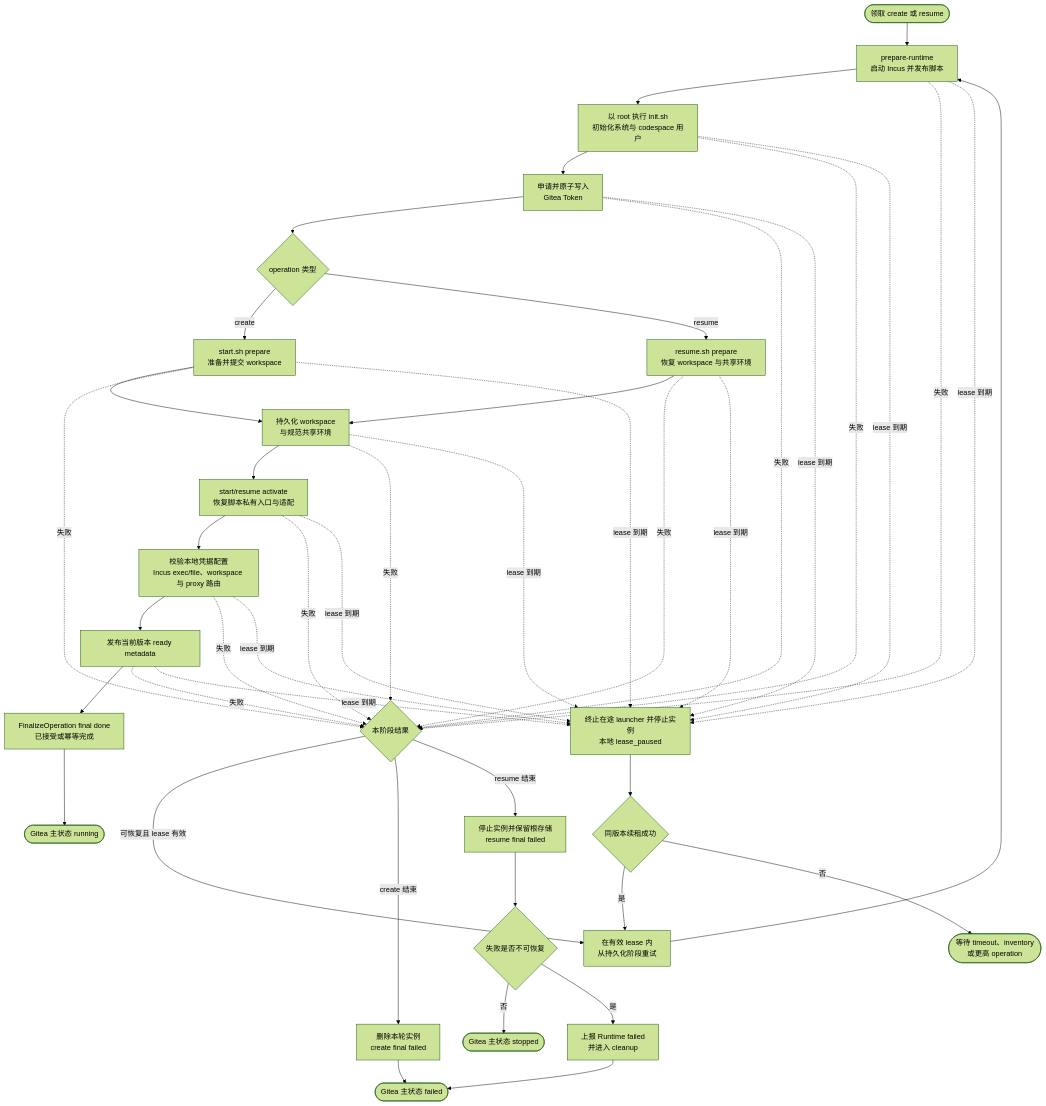
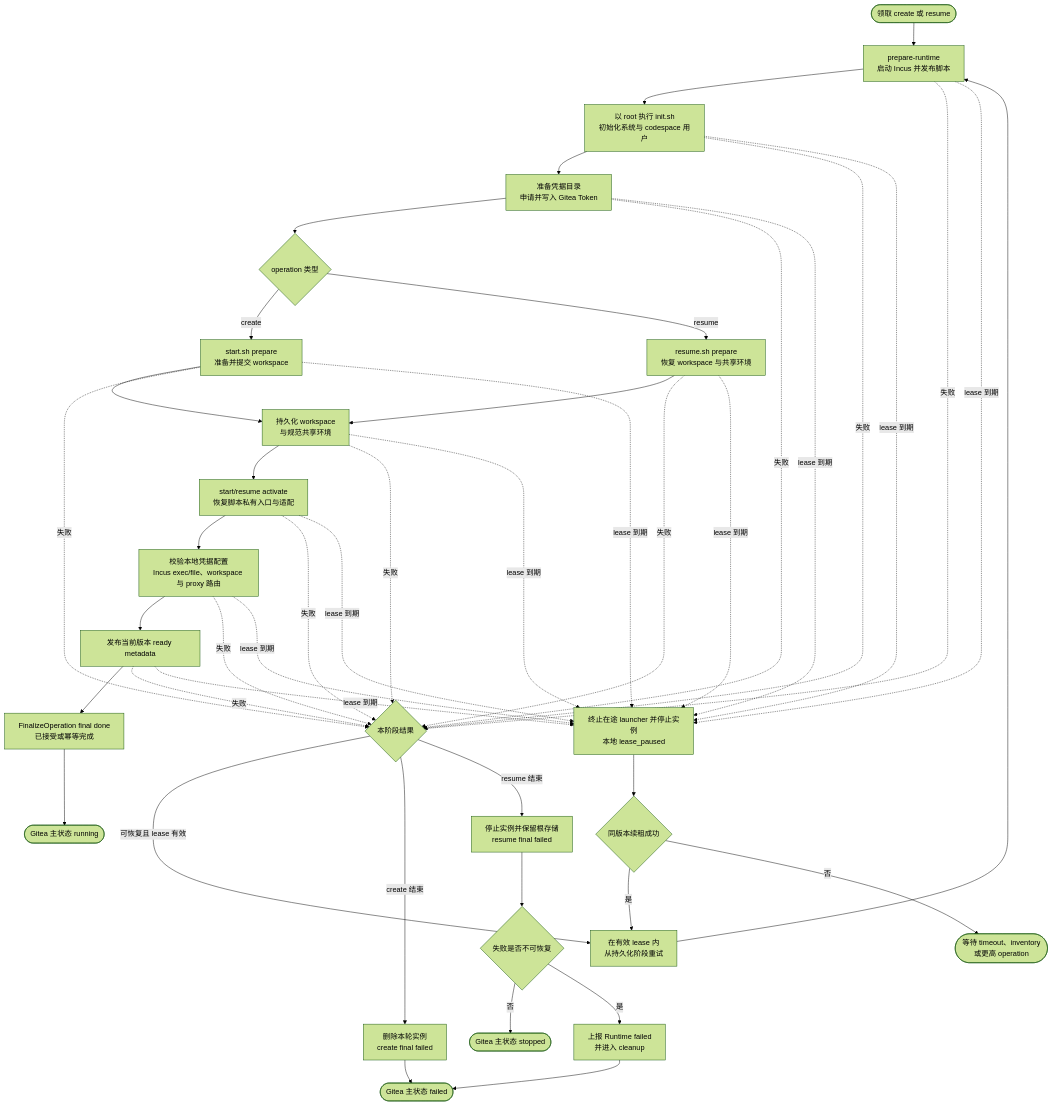
One commit to ExplodingDragon/gitea-dev changed the second of 3 diagrams in src/lifecycle-flows.md. Above: the diagram before and after it, drawn with Mermaid (forest theme). The commit also changed other lines of this file and 10 other files, not shown here.

````diff
--- a/src/lifecycle-flows.md
+++ b/src/lifecycle-flows.md
@@ -193,66 +196,66 @@
 ```mermaid
 flowchart TB
     begin([领取 create 或 resume])
     prepare[prepare-runtime<br/>启动 Incus 并发布脚本]
     init[以 root 执行 init.sh<br/>初始化系统与 codespace 用户]
-    credentials[申请并原子写入<br/>Gitea Token]
+    credentials[准备凭据目录<br/>申请并写入 Gitea Token]
     operation{operation 类型}
     create[start.sh prepare<br/>准备并提交 workspace]
     resume[resume.sh prepare<br/>恢复 workspace 与共享环境]
     persist[持久化 workspace<br/>与规范共享环境]
     activate[start/resume activate<br/>恢复脚本私有入口与适配]
     validate[校验本地凭据配置<br/>Incus exec/file、workspace 与 proxy 路由]
     publish[发布当前版本 ready metadata]
     finalize[FinalizeOperation final done<br/>已接受或幂等完成]
     running([Gitea 主状态 running])
     classify{本阶段结果}
     retry[在有效 lease 内<br/>从持久化阶段重试]
     paused[终止在途 launcher 并停止实例<br/>本地 lease_paused]
     renewed{同版本续租成功}
     reconcile([等待 timeout、inventory<br/>或更高 operation])
     createFailed[删除本轮实例<br/>create final failed]
     resumeStopped[停止实例并保留根存储<br/>resume final failed]
     resumeResult{失败是否不可恢复}
     reportFailed[上报 Runtime failed<br/>并进入 cleanup]
     failed([Gitea 主状态 failed])
     stopped([Gitea 主状态 stopped])
 
     begin --> prepare --> init
     init --> credentials
     credentials --> operation
     operation -- create --> create
     operation -- resume --> resume
     create --> persist
     resume --> persist
     persist --> activate
     activate --> validate
     validate --> publish --> finalize --> running
 
     prepare -. 失败 .-> classify
     init -. 失败 .-> classify
     credentials -. 失败 .-> classify
     create -. 失败 .-> classify
     resume -. 失败 .-> classify
     persist -. 失败 .-> classify
     activate -. 失败 .-> classify
     validate -. 失败 .-> classify
     publish -. 失败 .-> classify
     classify -- 可恢复且 lease 有效 --> retry --> prepare
     classify -- create 结束 --> createFailed --> failed
     classify -- resume 结束 --> resumeStopped --> resumeResult
     resumeResult -- 否 --> stopped
     resumeResult -- 是 --> reportFailed --> failed
 
     prepare -. lease 到期 .-> paused
     init -. lease 到期 .-> paused
     credentials -. lease 到期 .-> paused
     create -. lease 到期 .-> paused
     resume -. lease 到期 .-> paused
     persist -. lease 到期 .-> paused
     activate -. lease 到期 .-> paused
     validate -. lease 到期 .-> paused
     publish -. lease 到期 .-> paused
     paused --> renewed
     renewed -- 是 --> retry
     renewed -- 否 --> reconcile
 ```
````
